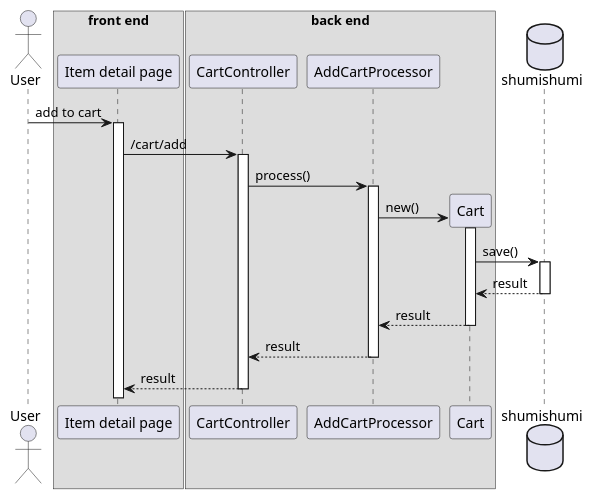
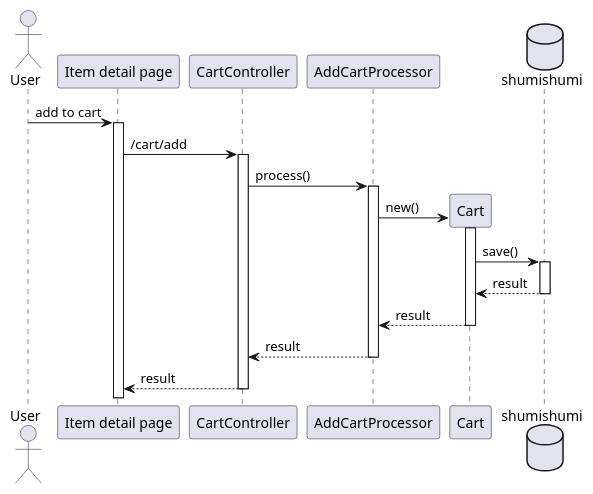
The diagram in uml diagram/sequence diagram/cart/add to cart.pu (aldihsuhandi/skripsi-2023), drawn with PlantUML before and after one commit. The commit also changed 39 other files, not shown here.

Commit message:
remove box from sequence diagram

```diff
--- a/uml diagram/sequence diagram/cart/add to cart.pu
+++ b/uml diagram/sequence diagram/cart/add to cart.pu
@@ -1,32 +1,32 @@
 @startuml template
 'autonumber 1.1.1
 
 actor User as u
 
-box "front end"
+' Box "front end"
 participant "Item detail page" as detail
-end box
+' end box
 
-box "back end"
+' Box "back end"
 participant "CartController" as wc
 
 participant "AddCartProcessor" as addproc
 
 participant "Cart" as cm
-end box
+' end box
 
 database shumishumi as db
 
 u -> detail++ : add to cart
 detail -> wc++ : /cart/add
 wc -> addproc++ : process()
 
 create cm
 addproc -> cm++ : new()
 cm -> db++ : save()
 return result
 return result
 return result
 return result
 
 @enduml
```
